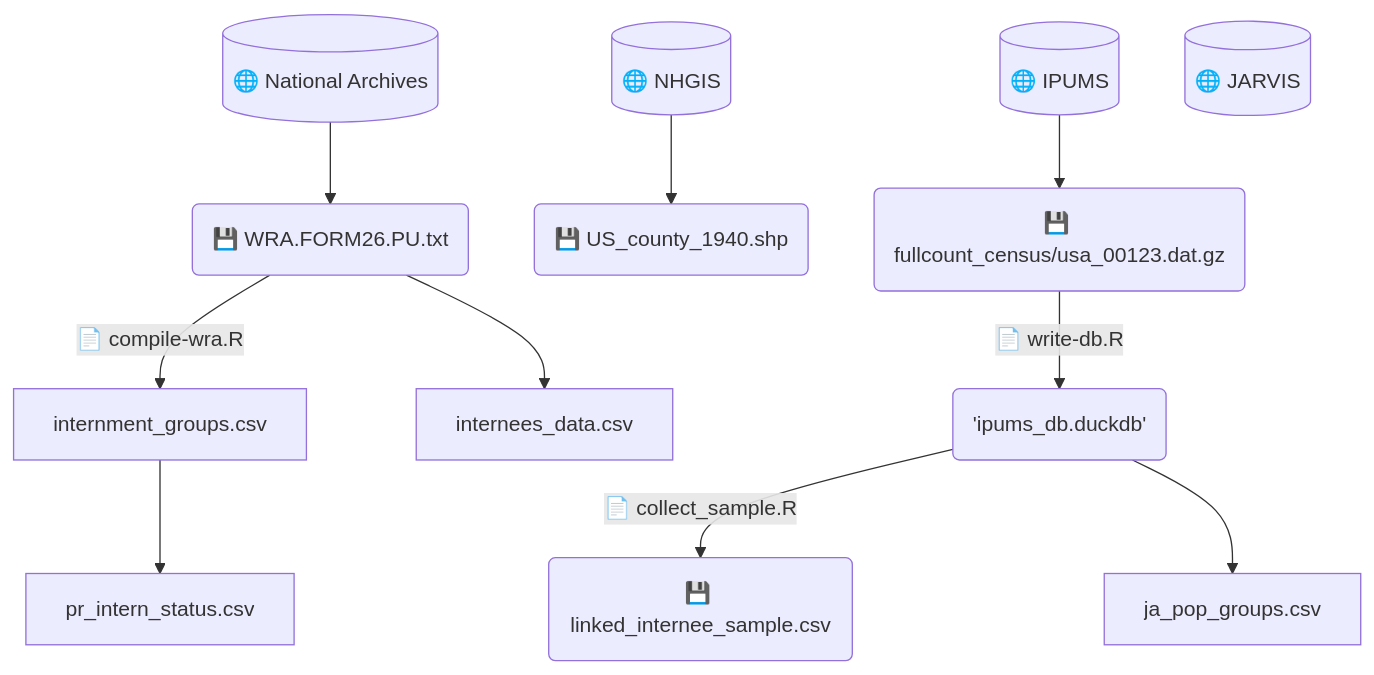
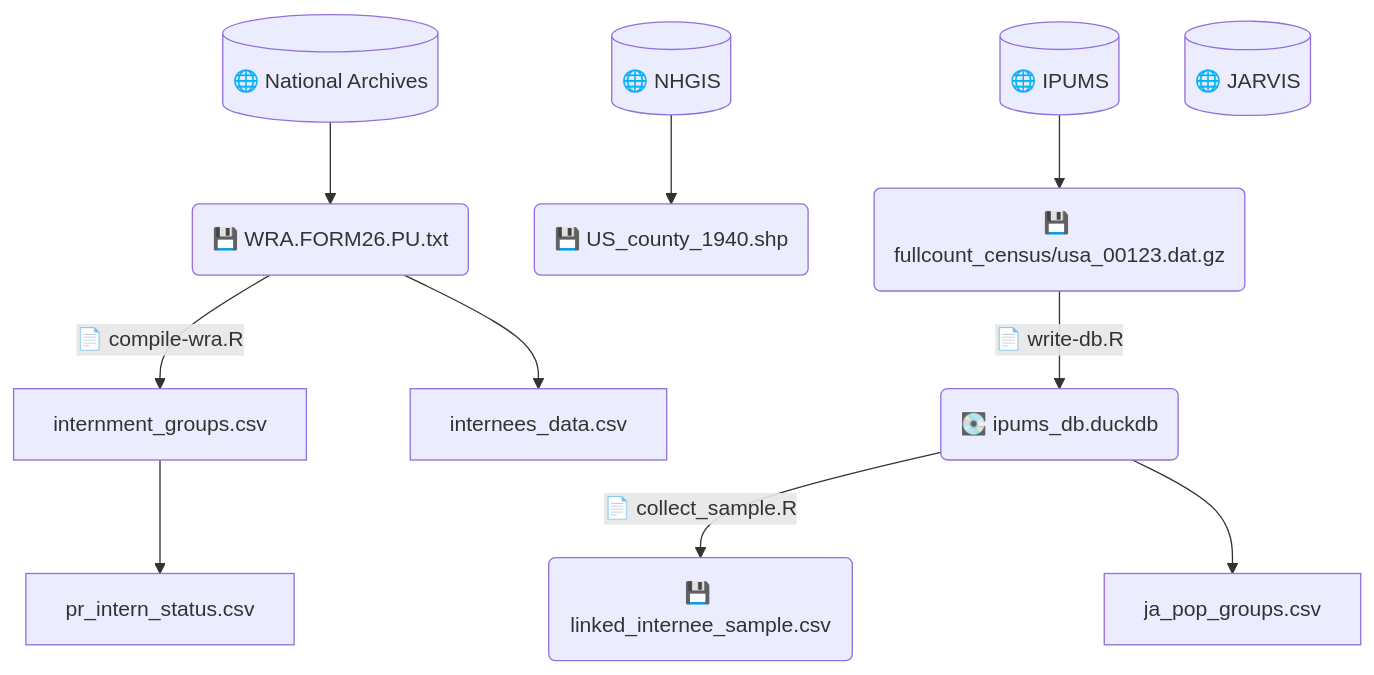
The diagram in data.org (dyasui/internee_outcomes), drawn with Mermaid before and after one commit. The commit also changed other lines of this file and 1 other file, not shown here.

Commit message:
added IPUMS variable definitions section, started new full count download

```diff
--- a/data.org
+++ b/data.org
@@ -4,25 +4,25 @@
 #+begin_src mermaid :file data-plan.svg
 flowchart TD
 %% Data sources
     nara[(🌐 National Archives)];
     ipums[(🌐 IPUMS)];
     nhgis[(🌐 NHGIS)];
     jarvis[(🌐 JARVIS)];
 %% data files 
     ipumsdat(💾 fullcount_census/usa_00123.dat.gz);
     shp(💾 US_county_1940.shp);
     wra(💾 WRA.FORM26.PU.txt);
     lis(💾 linked_internee_sample.csv);
 
 %% output files
-    duckdb('ipums_db.duckdb');
+    duckdb(💽 ipums_db.duckdb);
 
 %% create edges
     ipums --> ipumsdat;
     ipumsdat --📄 write-db.R--> duckdb;
     duckdb --📄 collect_sample.R--> lis;
     duckdb --> ja_pop_groups.csv;
     nhgis --> shp;
     nara --> wra --> internees_data.csv;
     wra --📄 compile-wra.R--> internment_groups.csv --> pr_intern_status.csv;
 #+end_src
```
